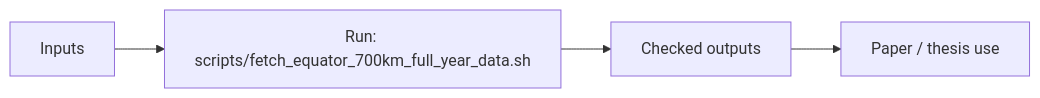
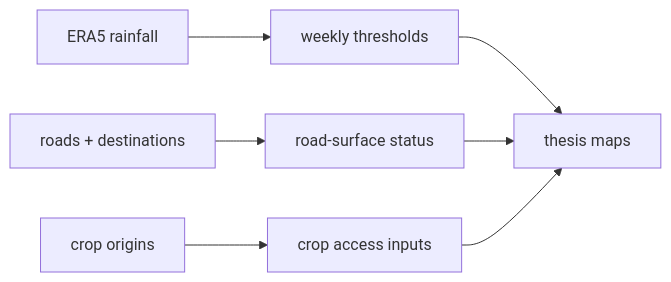
Before and after one commit to GeorgeKontsevik/equatorial: the diagram in README.md, drawn with Mermaid. The commit also changed other lines of this file, not shown here.

Commit message:
Improve README diagrams and project descriptions

````diff
--- a/README.md
+++ b/README.md
@@ -7,6 +7,9 @@
 ```mermaid
 flowchart LR
-    A[Inputs] --> B[Run: scripts/fetch_equator_700km_full_year_data.sh]
-    B --> C[Checked outputs]
-    C --> D[Paper / thesis use]
+    ERA5[ERA5 rainfall] --> WEEK[weekly thresholds]
+    OSM[roads + destinations] --> SURFACE[road-surface status]
+    CROP[crop origins] --> ACCESS[crop access inputs]
+    WEEK --> MAPS[thesis maps]
+    SURFACE --> MAPS
+    ACCESS --> MAPS
 ```
````
